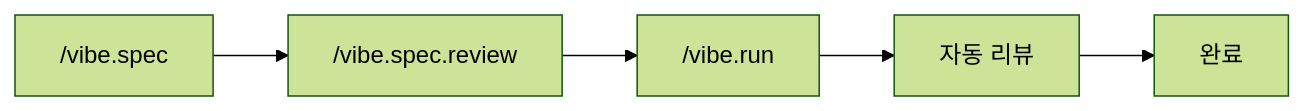
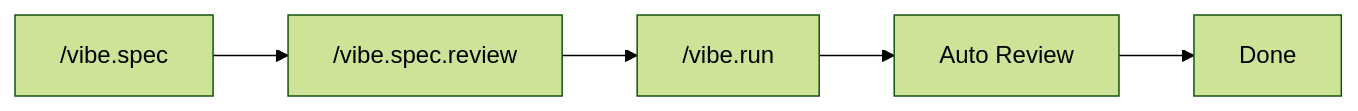
One commit to su-record/vibe changed the first of 2 diagrams in README.md. Above: the diagram before and after it, drawn with Mermaid (forest theme). The commit also changed other lines of this file, not shown here.

````diff
--- a/README.md
+++ b/README.md
@@ -82,7 +46,7 @@
 ```mermaid
 flowchart LR
     A["/vibe.spec"] --> B["/vibe.spec.review"]
     B --> C["/vibe.run"]
-    C --> D["자동 리뷰"]
-    D --> E["완료"]
+    C --> D["Auto Review"]
+    D --> E["Done"]
 ```
````
